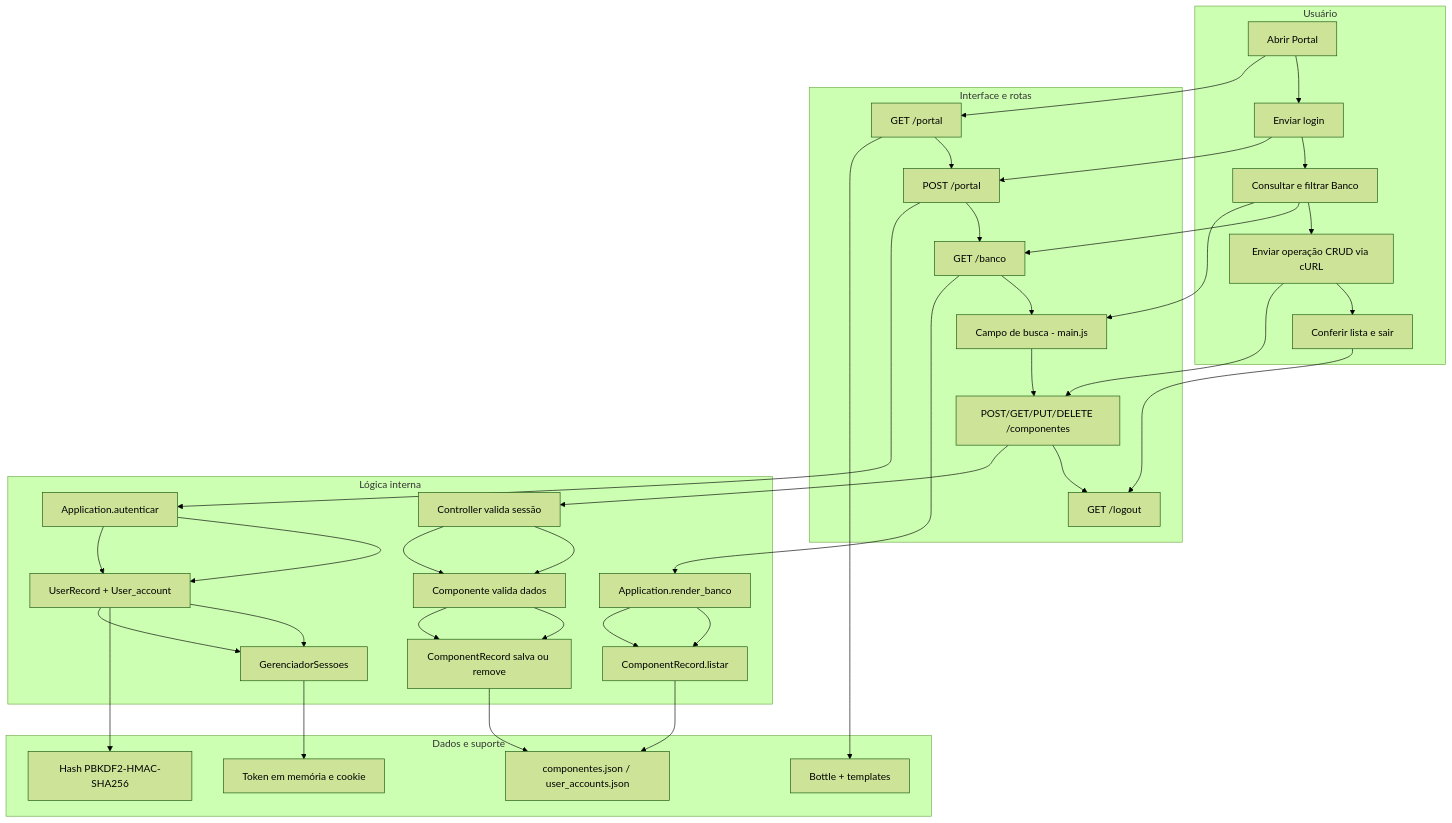
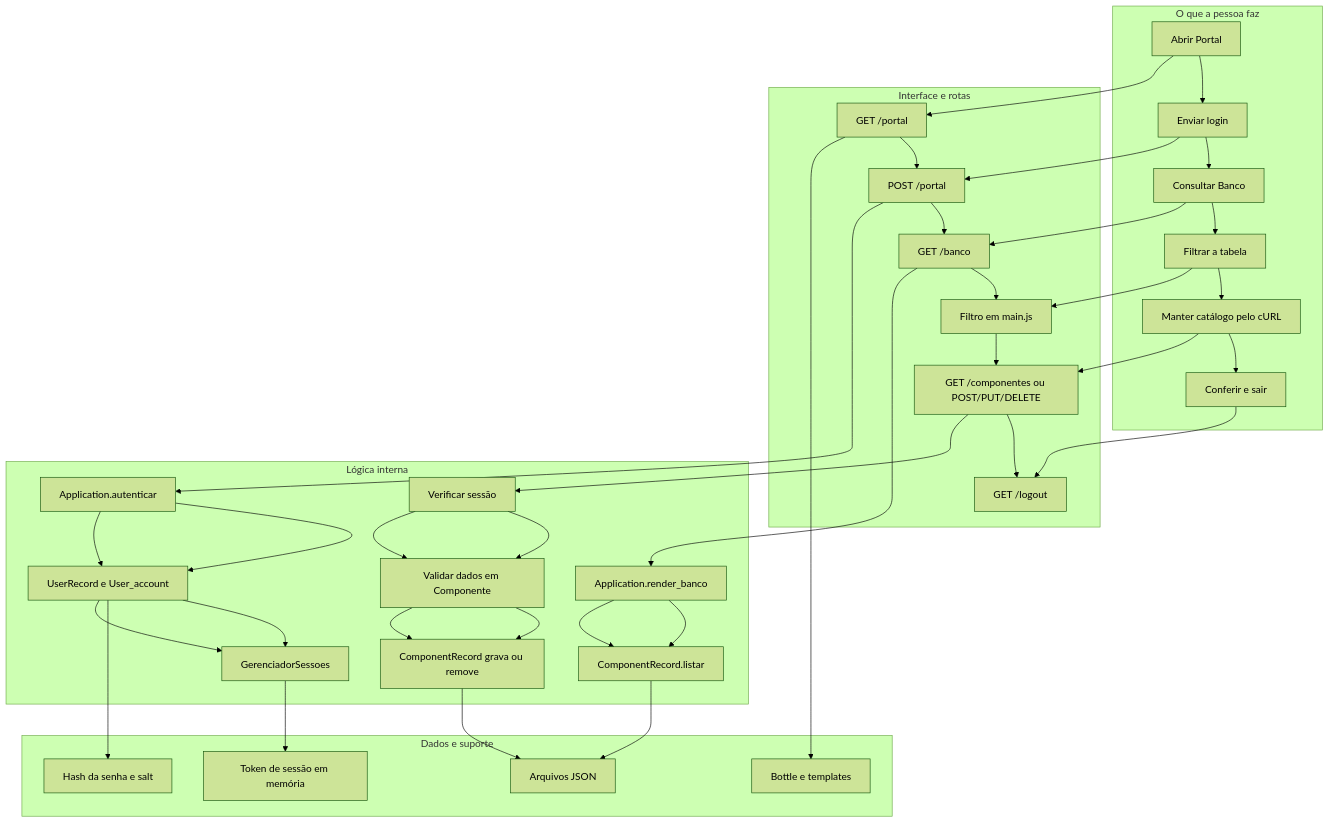
One commit to AbnerG1/projeto-BLUE-print- changed the fourth of 4 diagrams in docs/diagramas-mermaid.md. Above: the diagram before and after it, drawn with Mermaid (forest theme). The commit also changed other lines of this file, not shown here.

Commit message:
docs: revisar docs/diagramas-mermaid.md com texto mais natural

````diff
--- a/docs/diagramas-mermaid.md
+++ b/docs/diagramas-mermaid.md
@@ -91,47 +101,49 @@
-```mermaid
+~~~mermaid
 flowchart TB
- subgraph U["Usuário"]
- U1["Abrir Portal"] --> U2["Enviar login"] --> U3["Consultar e filtrar Banco"]
- U3 --> U4["Enviar operação CRUD via cURL"]
- U4 --> U5["Conferir lista e sair"]
+ subgraph U["O que a pessoa faz"]
+ U1["Abrir Portal"] --> U2["Enviar login"]
+ U2 --> U3["Consultar Banco"]
+ U3 --> U4["Filtrar a tabela"]
+ U4 --> U5["Manter catálogo pelo cURL"]
+ U5 --> U6["Conferir e sair"]
  end
  subgraph F["Interface e rotas"]
  F1["GET /portal"] --> F2["POST /portal"]
  F2 --> F3["GET /banco"]
- F3 --> F4["Campo de busca - main.js"]
- F4 --> F5["POST/GET/PUT/DELETE /componentes"]
+ F3 --> F4["Filtro em main.js"]
+ F4 --> F5["GET /componentes ou POST/PUT/DELETE"]
  F5 --> F6["GET /logout"]
  end
  subgraph B["Lógica interna"]
- B1["Application.autenticar"] --> B2["UserRecord + User_account"]
+ B1["Application.autenticar"] --> B2["UserRecord e User_account"]
  B2 --> B3["GerenciadorSessoes"]
  B4["Application.render_banco"] --> B5["ComponentRecord.listar"]
- B6["Controller valida sessão"] --> B7["Componente valida dados"]
- B7 --> B8["ComponentRecord salva ou remove"]
+ B6["Verificar sessão"] --> B7["Validar dados em Componente"]
+ B7 --> B8["ComponentRecord grava ou remove"]
  end
  subgraph S["Dados e suporte"]
- S1["Bottle + templates"] 
- S2["Hash PBKDF2-HMAC-SHA256"]
- S3["Token em memória e cookie"]
- S4["componentes.json / user_accounts.json"]
+ S1["Bottle e templates"]
+ S2["Hash da senha e salt"]
+ S3["Token de sessão em memória"]
+ S4["Arquivos JSON"]
  end
  U1 --> F1
  U2 --> F2
  U3 --> F3
- U3 --> F4
- U4 --> F5
- U5 --> F6
+ U4 --> F4
+ U5 --> F5
+ U6 --> F6
  F2 --> B1
  B1 --> B2
  B2 --> S2
  B2 --> B3
  B3 --> S3
  F3 --> B4
  B4 --> B5
  B5 --> S4
  F5 --> B6
  B6 --> B7
  B7 --> B8
  B8 --> S4
  F1 --> S1
-```
+~~~
````
